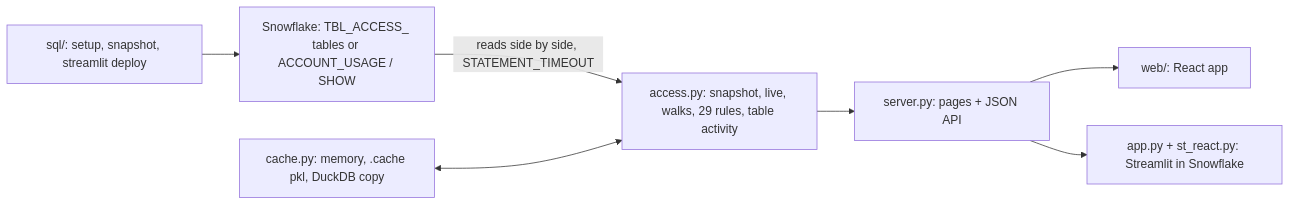
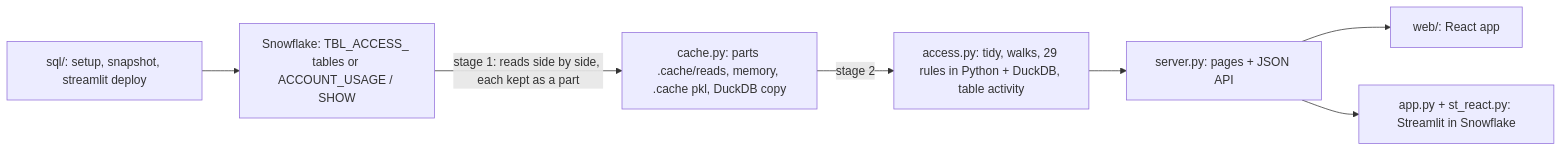
One commit to darshanmeel/snowflake-access-explorer changed the diagram in snowflake-access-explorer-knowledge-graph/index.md. Above: the diagram before and after it, drawn with Mermaid. The commit also changed other lines of this file and 82 other files, not shown here.

Commit message:
Knowledge graph: parts store, two-stage load, background refresh, DuckDB rule walk, kept rule results, review fixes (to 448bdbb)

````diff
--- a/snowflake-access-explorer-knowledge-graph/index.md
+++ b/snowflake-access-explorer-knowledge-graph/index.md
@@ -8,9 +8,9 @@
 ```mermaid
 flowchart LR
-  SF[Snowflake: TBL_ACCESS_ tables or ACCOUNT_USAGE / SHOW] -->|reads side by side, STATEMENT_TIMEOUT| ACC[access.py: snapshot, live, walks, 29 rules, table activity]
-  CACHE[cache.py: memory, .cache pkl, DuckDB copy] <--> ACC
+  SF[Snowflake: TBL_ACCESS_ tables or ACCOUNT_USAGE / SHOW] -->|stage 1: reads side by side, each kept as a part| CACHE
+  CACHE[cache.py: parts .cache/reads, memory, .cache pkl, DuckDB copy] -->|stage 2| ACC[access.py: tidy, walks, 29 rules in Python + DuckDB, table activity]
   ACC --> SRV[server.py: pages + JSON API]
   SRV --> WEB[web/: React app]
   SRV --> ST[app.py + st_react.py: Streamlit in Snowflake]
   SQL[sql/: setup, snapshot, streamlit deploy] --> SF
 ```
````
